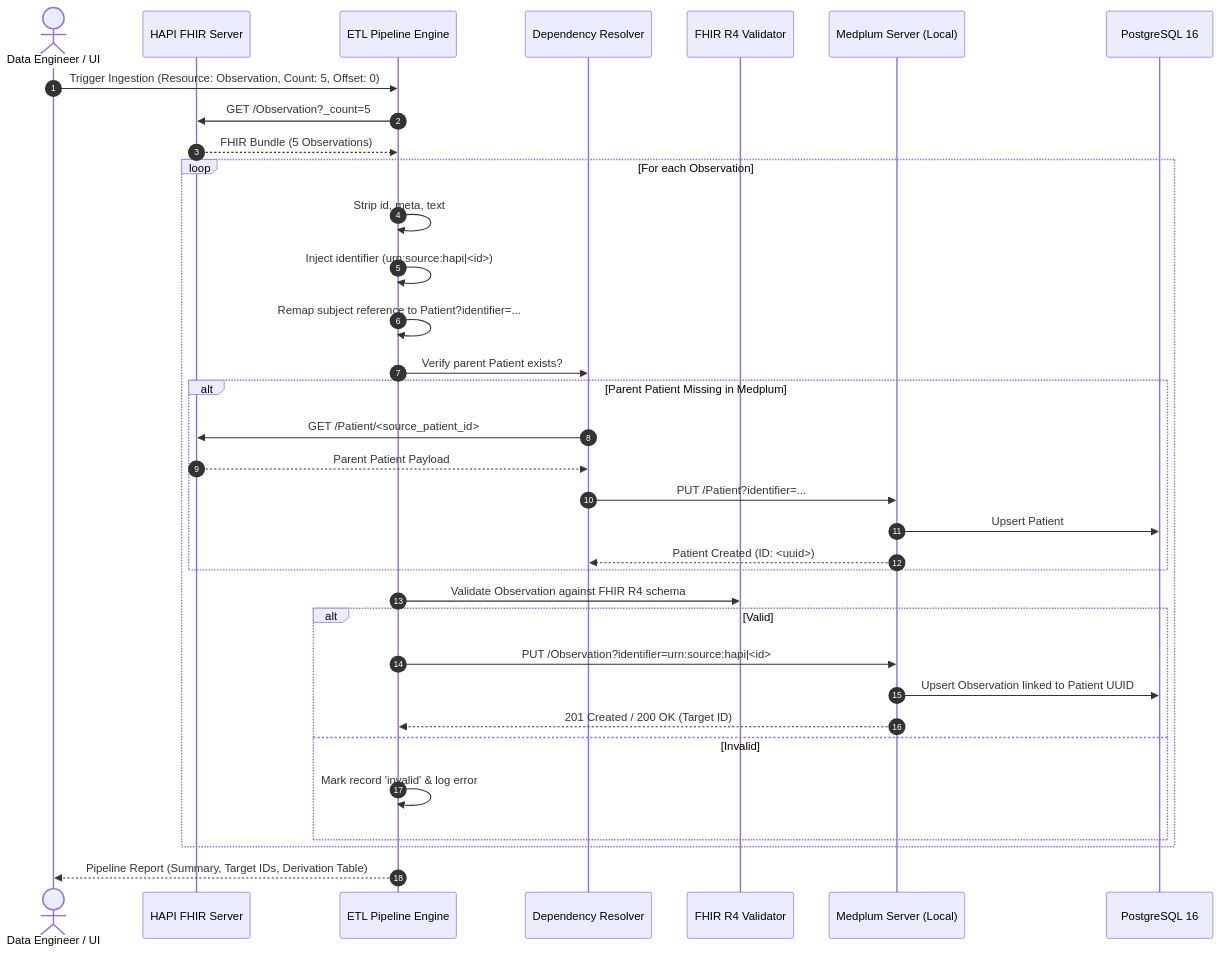
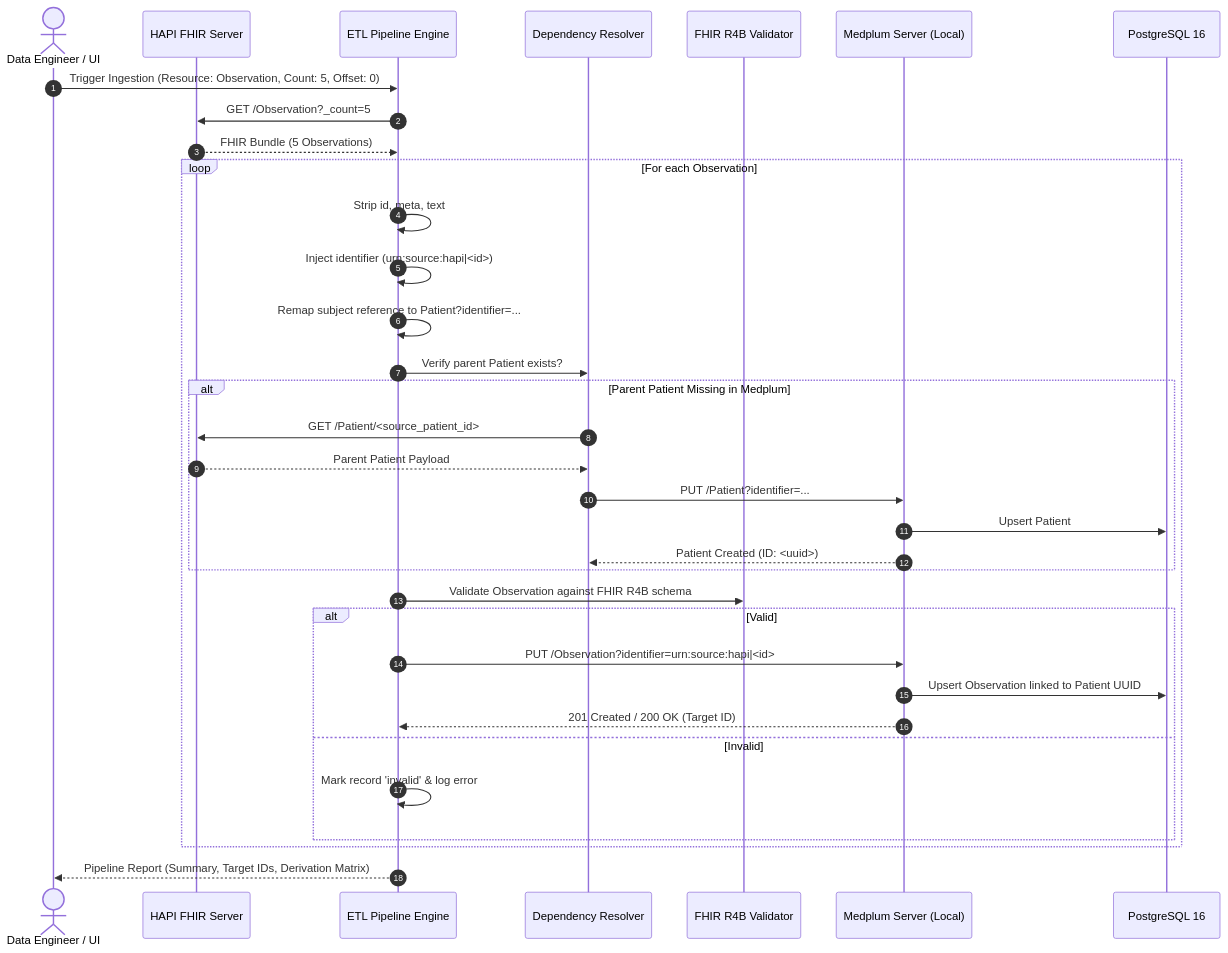
Before and after one commit to viveknitor/ai-healthcare-etl-platform: the second of 3 diagrams in docs/architecture.md, drawn with Mermaid. The commit also changed other lines of this file and 19 other files, not shown here.

````diff
--- a/docs/architecture.md
+++ b/docs/architecture.md
@@ -116,41 +150,41 @@
 ```mermaid
 sequenceDiagram
     autonumber
     actor User as Data Engineer / UI
     participant HAPI as HAPI FHIR Server
     participant Pipeline as ETL Pipeline Engine
     participant Resolver as Dependency Resolver
-    participant Validator as FHIR R4 Validator
+    participant Validator as FHIR R4B Validator
     participant Medplum as Medplum Server (Local)
     participant DB as PostgreSQL 16
 
     User->>Pipeline: Trigger Ingestion (Resource: Observation, Count: 5, Offset: 0)
     Pipeline->>HAPI: GET /Observation?_count=5
     HAPI-->>Pipeline: FHIR Bundle (5 Observations)
 
     loop For each Observation
         Pipeline->>Pipeline: Strip id, meta, text
         Pipeline->>Pipeline: Inject identifier (urn:source:hapi|<id>)
         Pipeline->>Pipeline: Remap subject reference to Patient?identifier=...
         
         Pipeline->>Resolver: Verify parent Patient exists?
         alt Parent Patient Missing in Medplum
             Resolver->>HAPI: GET /Patient/<source_patient_id>
             HAPI-->>Resolver: Parent Patient Payload
             Resolver->>Medplum: PUT /Patient?identifier=...
             Medplum->>DB: Upsert Patient
             Medplum-->>Resolver: Patient Created (ID: <uuid>)
         end
 
-        Pipeline->>Validator: Validate Observation against FHIR R4 schema
+        Pipeline->>Validator: Validate Observation against FHIR R4B schema
         alt Valid
             Pipeline->>Medplum: PUT /Observation?identifier=urn:source:hapi|<id>
             Medplum->>DB: Upsert Observation linked to Patient UUID
             Medplum-->>Pipeline: 201 Created / 200 OK (Target ID)
         else Invalid
             Pipeline->>Pipeline: Mark record 'invalid' & log error
         end
     end
 
-    Pipeline-->>User: Pipeline Report (Summary, Target IDs, Derivation Table)
+    Pipeline-->>User: Pipeline Report (Summary, Target IDs, Derivation Matrix)
 ```
````
